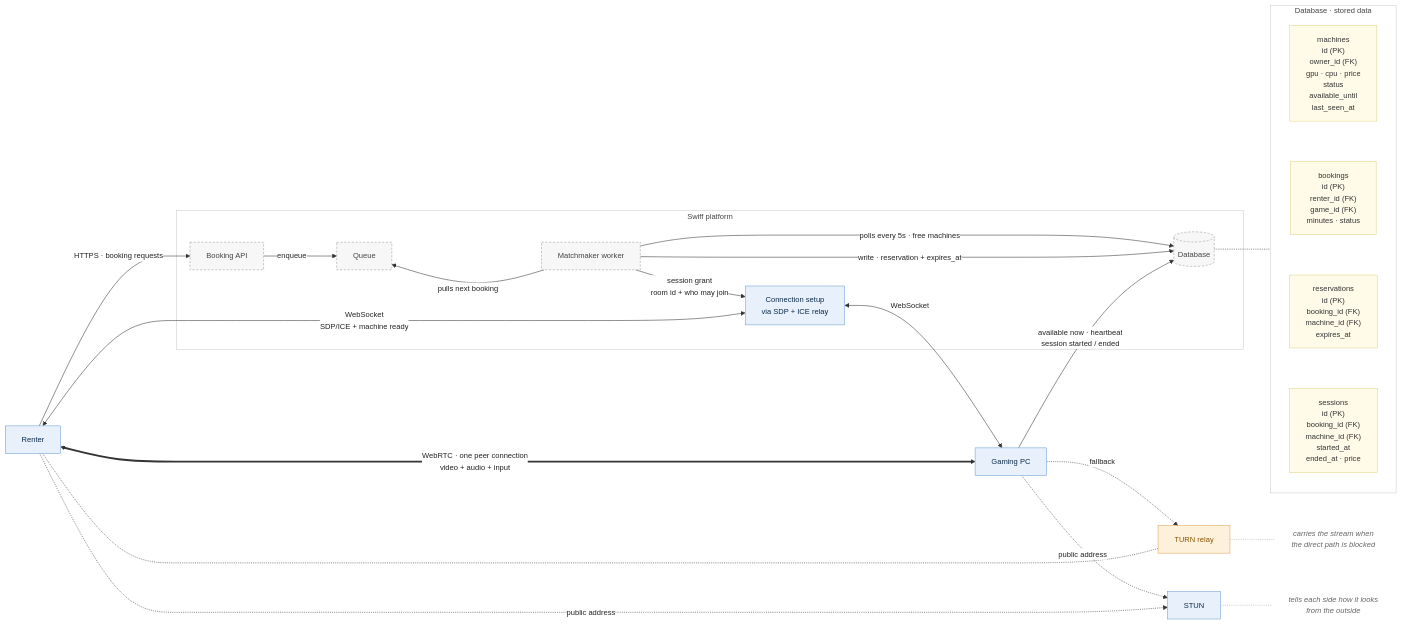
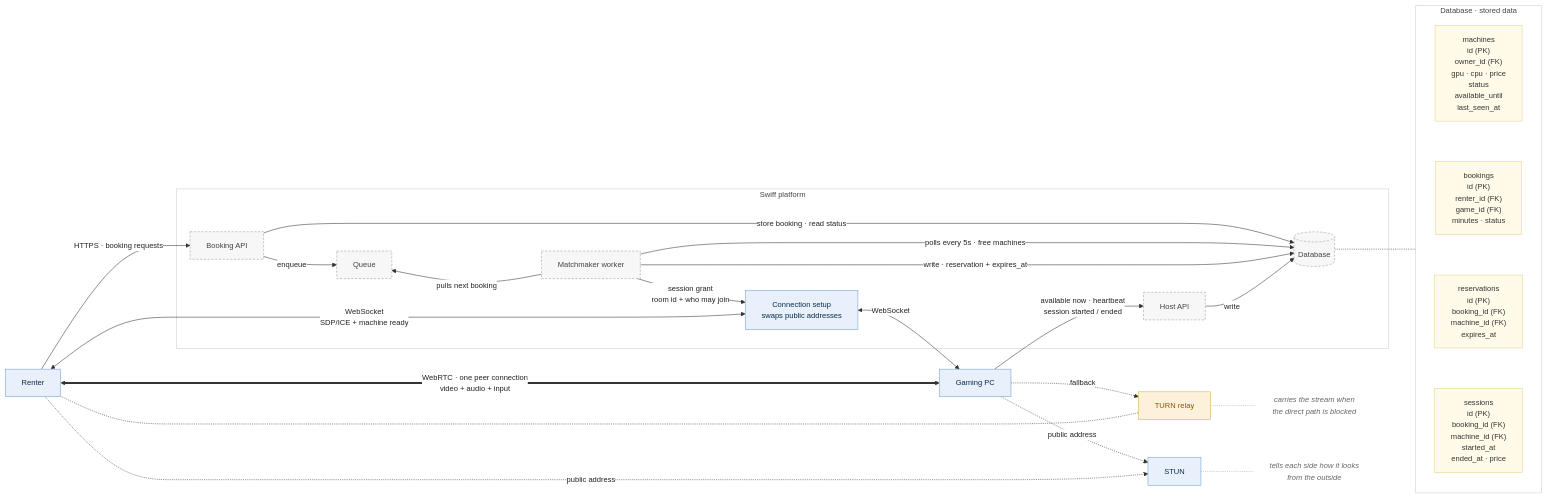
One commit to tomnotthomas/distributed_gaming changed the diagram in docs/diagrams/system-architecture.mmd. Above: the diagram before and after it, drawn with Mermaid. The commit also changed 3 other files, not shown here.

First line of the commit message:
docs(diagrams): route the gaming PC through a Host API, not straight into the database

```diff
--- a/docs/diagrams/system-architecture.mmd
+++ b/docs/diagrams/system-architecture.mmd
@@ -1,76 +1,79 @@
 ---
 config:
   theme: base
   flowchart:
     curve: basis
     htmlLabels: true
   themeVariables:
     fontFamily: "Helvetica Neue, Helvetica, Arial, sans-serif"
     fontSize: 14px
     edgeLabelBackground: "#ffffff"
     lineColor: "#333333"
     primaryTextColor: "#222222"
   themeCSS: >-
     .edgeLabel, .edgeLabel p, .edgeLabel span, .labelBkg { background: #fff !important; background-color: #fff !important; }
     .edgeLabel p, .edgeLabel span { color: #555; font-size: 13px; }
     .edgeLabel rect { fill: #fff !important; opacity: 1 !important; }
     svg, text, span, p, div { font-family: "Helvetica Neue", Helvetica, Arial, sans-serif !important; }
 ---
 flowchart LR
   Renter["Renter"]
   PC["Gaming PC"]
   TURN["TURN relay"]
   STUN["STUN"]
   TURNnote["carries the stream when<br/>the direct path is blocked"]
   STUNnote["tells each side how it looks<br/>from the outside"]
   TURN -.- TURNnote
   STUN -.- STUNnote
 
   subgraph Platform["Swiff platform"]
     API["Booking API"]
+    HAPI["Host API"]
     Q["Queue"]
     MM["Matchmaker worker"]
     DB[("Database")]
-    SIG["Connection setup<br/>via SDP + ICE relay"]
+    SIG["Connection setup<br/>swaps public addresses"]
   end
 
   subgraph Data["Database · stored data"]
     direction TB
     T1["machines<br/>id (PK)<br/>owner_id (FK)<br/>gpu · cpu · price<br/>status<br/>available_until<br/>last_seen_at"]
     T2["bookings<br/>id (PK)<br/>renter_id (FK)<br/>game_id (FK)<br/>minutes · status"]
     T3["reservations<br/>id (PK)<br/>booking_id (FK)<br/>machine_id (FK)<br/>expires_at"]
     T4["sessions<br/>id (PK)<br/>booking_id (FK)<br/>machine_id (FK)<br/>started_at<br/>ended_at · price"]
     T1 ~~~ T2 ~~~ T3 ~~~ T4
   end
 
 
   Renter -- "HTTPS · booking requests" --> API
   API -- "enqueue" --> Q
+  API -- "store booking · read status" --> DB
   Q ~~~ MM
   MM -- "pulls next booking" --> Q
   MM -- "polls every 5s · free machines" --> DB
   MM -- "write · reservation + expires_at" --> DB
   MM -- "session grant<br/>room id + who may join" --> SIG
   Renter <-- "WebSocket<br/>SDP/ICE + machine ready" --> SIG
   SIG <-- "WebSocket" --> PC
-  PC -- "available now · heartbeat<br/>session started / ended" --> DB
+  PC -- "available now · heartbeat<br/>session started / ended" --> HAPI
+  HAPI -- "write" --> DB
   Renter <== "WebRTC · one peer connection<br/>video + audio + input" ==> PC
   PC -. "fallback" .-> TURN
   Renter <-.- TURN
   PC -. "public address" .-> STUN
   Renter -. "public address" .-> STUN
   DB -.- Data
 
   classDef platform fill:#f7f7f7,stroke:#999,stroke-dasharray:4 3,color:#444
   classDef endpoint fill:#e8f1fb,stroke:#6d9ed3,color:#0b2a4a
   classDef turn fill:#fdf1dc,stroke:#e0a458,color:#8a5300
   classDef note fill:none,stroke:none,color:#666,font-style:italic
   classDef table fill:#fffbe8,stroke:#e0d58a,color:#333
-  class API,Q,MM,DB platform
+  class API,HAPI,Q,MM,DB platform
   class Renter,PC,SIG,STUN endpoint
   class TURN turn
   class T1,T2,T3,T4 table
   class TURNnote,STUNnote note
   style Platform fill:#ffffff,stroke:#ccc,color:#444
   style Data fill:#ffffff,stroke:#ccc,color:#444
   linkStyle 0,1 stroke:#aaa,stroke-width:1px
```
